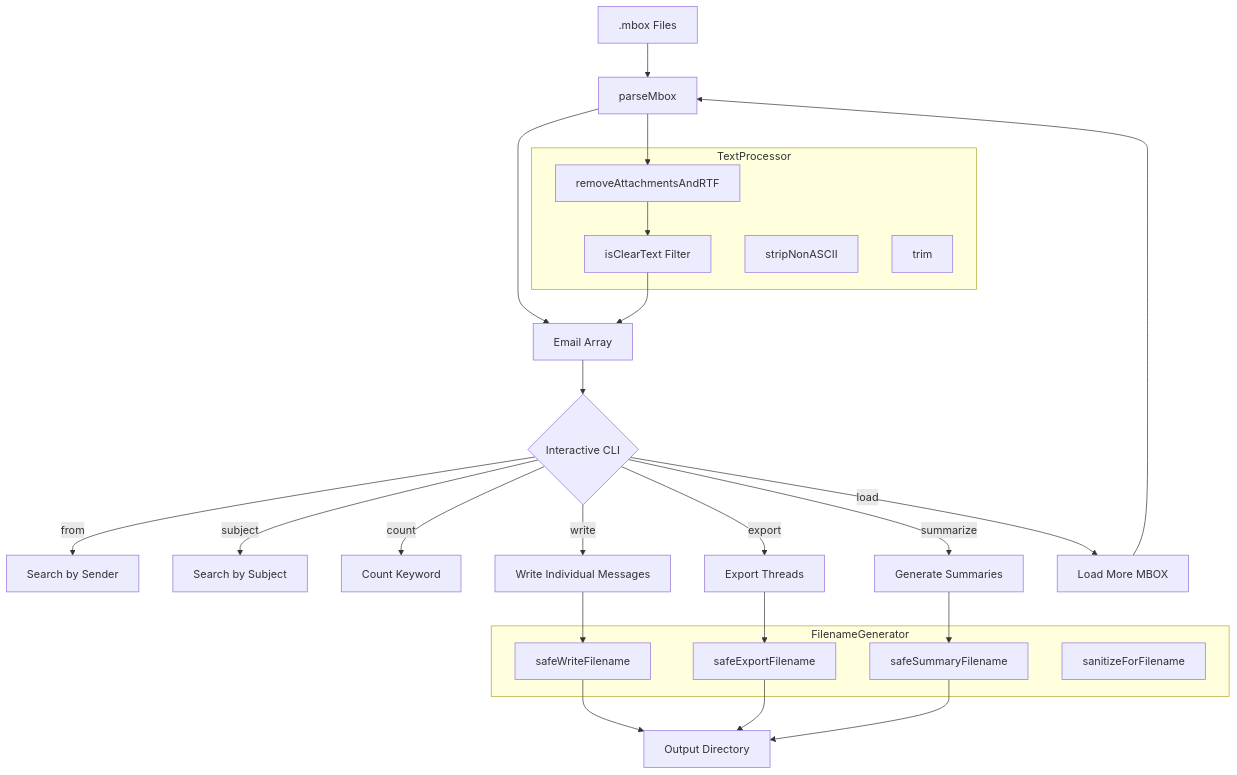
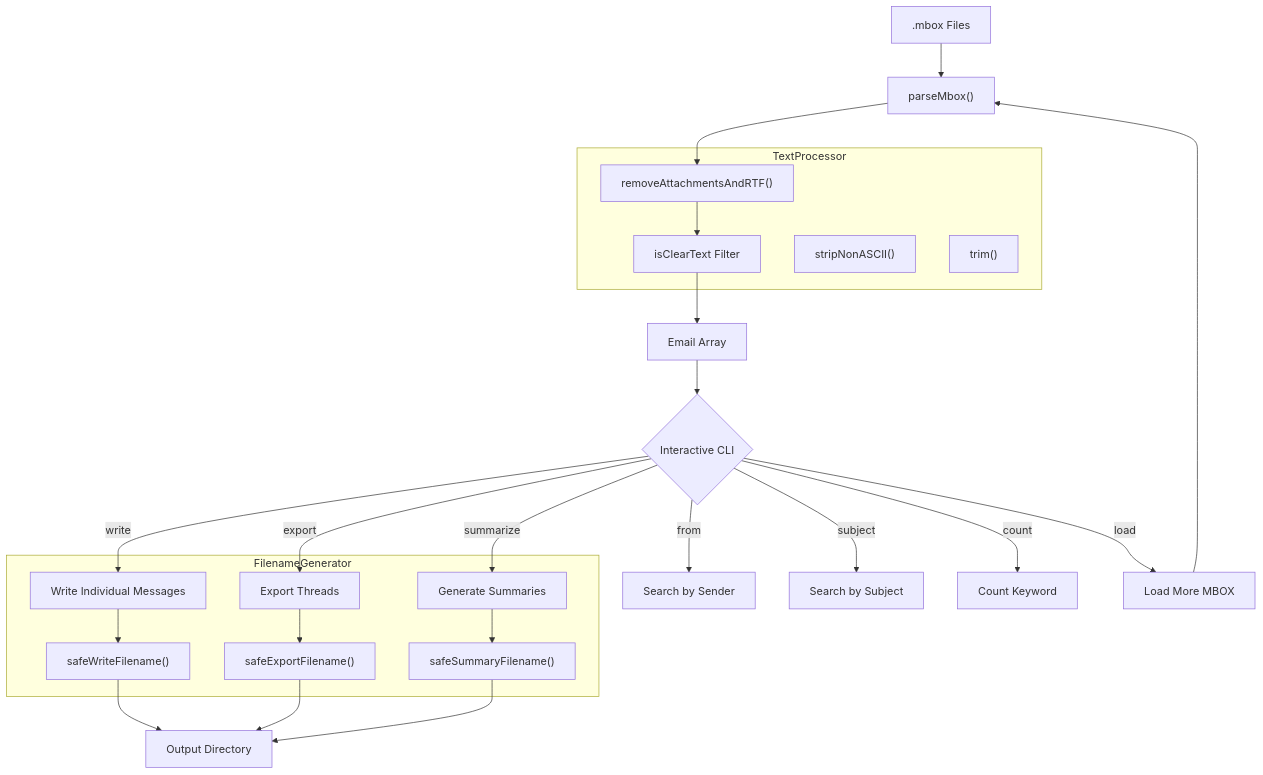
One commit to kochj23/MboxChatCLI changed the diagram in README.md. Above: the diagram before and after it, drawn with Mermaid. The commit also changed other lines of this file, not shown here.

Commit message:
docs: Rewrite README with mermaid architecture diagrams

````diff
--- a/README.md
+++ b/README.md
@@ -296,39 +17,33 @@
 ```mermaid
 graph TD
-    A[.mbox Files] --> B[parseMbox]
-    B --> C[Email Array]
-    C --> D{Interactive CLI}
-    D -->|from| E[Search by Sender]
-    D -->|subject| F[Search by Subject]
-    D -->|count| G[Count Keyword]
-    D -->|write| H[Write Individual Messages]
-    D -->|export| I[Export Threads]
-    D -->|summarize| J[Generate Summaries]
-    D -->|load| K[Load More MBOX]
+    A[".mbox Files"] --> B["parseMbox()"]
+    B --> L["removeAttachmentsAndRTF()"]
+    L --> M["isClearText Filter"]
+    M --> C["Email Array"]
+    C --> D{"Interactive CLI"}
+    D -->|from| E["Search by Sender"]
+    D -->|subject| F["Search by Subject"]
+    D -->|count| G["Count Keyword"]
+    D -->|write| H["Write Individual Messages"]
+    D -->|export| I["Export Threads"]
+    D -->|summarize| J["Generate Summaries"]
+    D -->|load| K["Load More MBOX"]
     K --> B
-    
-    B --> L[removeAttachmentsAndRTF]
-    L --> M[isClearText Filter]
-    M --> C
-    
-    H --> N[safeWriteFilename]
-    I --> O[safeExportFilename]
-    J --> P[safeSummaryFilename]
-    N --> Q[Output Directory]
-    O --> Q
-    P --> Q
-    
+
     subgraph TextProcessor
         L
         M
-        R[stripNonASCII]
-        S[trim]
+        R["stripNonASCII()"]
+        S["trim()"]
     end
-    
+
     subgraph FilenameGenerator
-        N
-        O
-        P
-        T[sanitizeForFilename]
+        H --> N["safeWriteFilename()"]
+        I --> O["safeExportFilename()"]
+        J --> P["safeSummaryFilename()"]
     end
+
+    N --> Q["Output Directory"]
+    O --> Q
+    P --> Q
 ```
````
